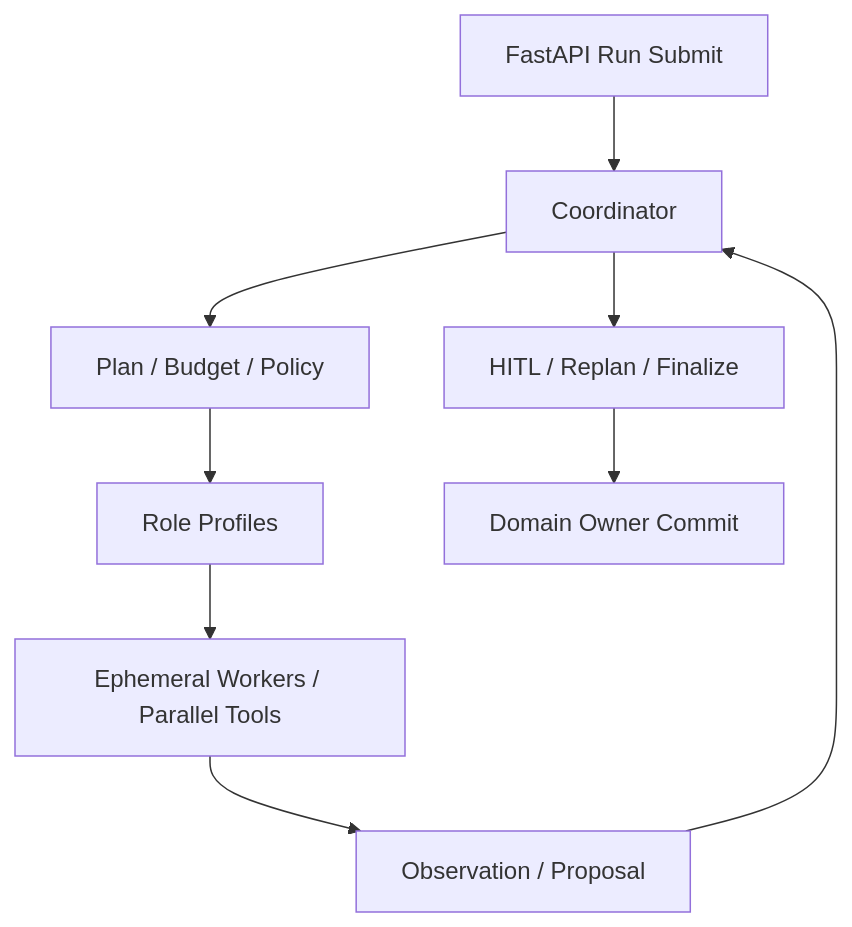
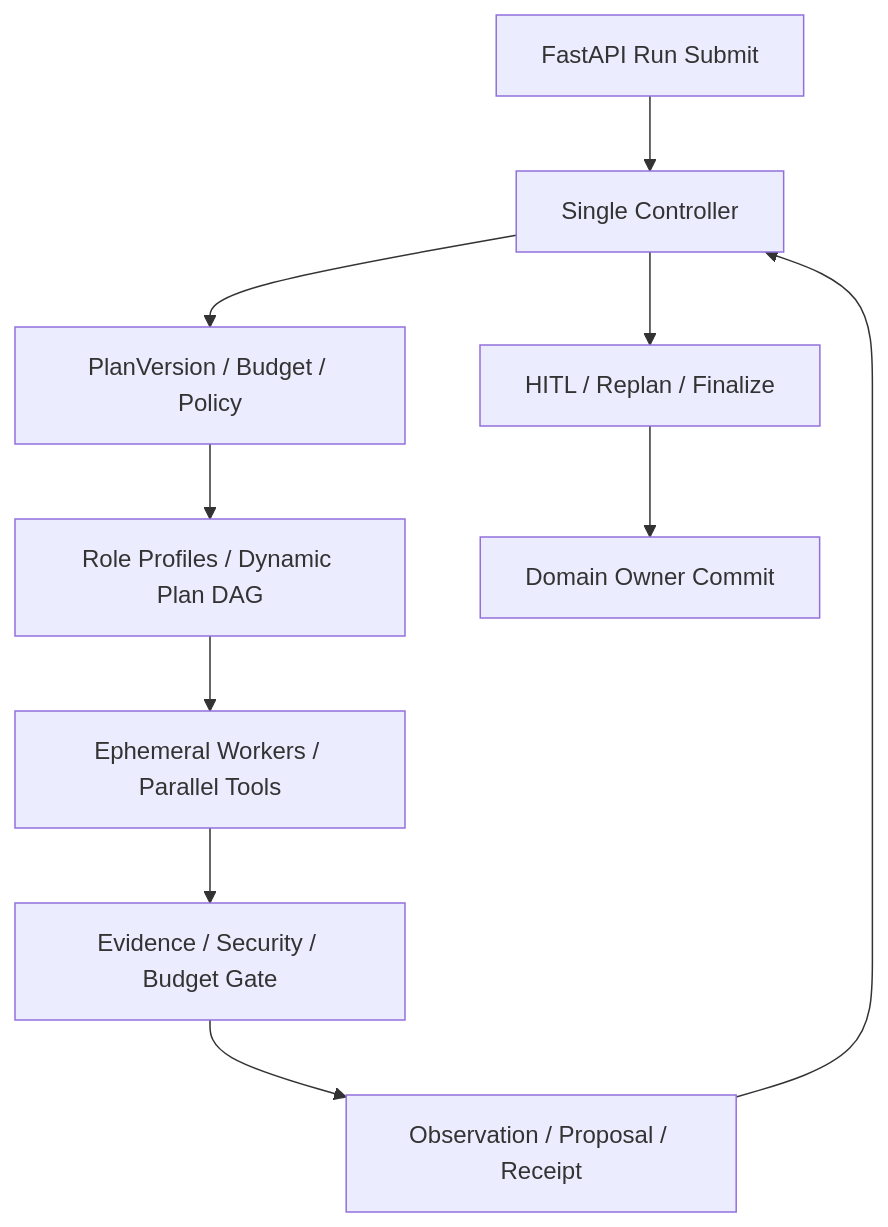
The seventh of 14 diagrams in docs/project/architecture/architecture-views.md (ProfessorZhi/Zuno), drawn with Mermaid before and after one commit. The commit also changed other lines of this file and 27 other files, not shown here.

Commit message:
docs: apply approved canonical architecture target

````diff
--- a/docs/project/architecture/architecture-views.md
+++ b/docs/project/architecture/architecture-views.md
@@ -101,11 +104,12 @@
 ```mermaid
 flowchart TB
-  SUBMIT[FastAPI Run Submit] --> COORD[Coordinator]
-  COORD --> PLAN[Plan / Budget / Policy]
-  PLAN --> ROLE[Role Profiles]
+  SUBMIT[FastAPI Run Submit] --> COORD[Single Controller]
+  COORD --> PLAN[PlanVersion / Budget / Policy]
+  PLAN --> ROLE[Role Profiles / Dynamic Plan DAG]
   ROLE --> WORKER[Ephemeral Workers / Parallel Tools]
-  WORKER --> OBS[Observation / Proposal]
+  WORKER --> GATE[Evidence / Security / Budget Gate]
+  GATE --> OBS[Observation / Proposal / Receipt]
   OBS --> COORD
   COORD --> HITL[HITL / Replan / Finalize]
   HITL --> DOMAIN[Domain Owner Commit]
 ```
````
